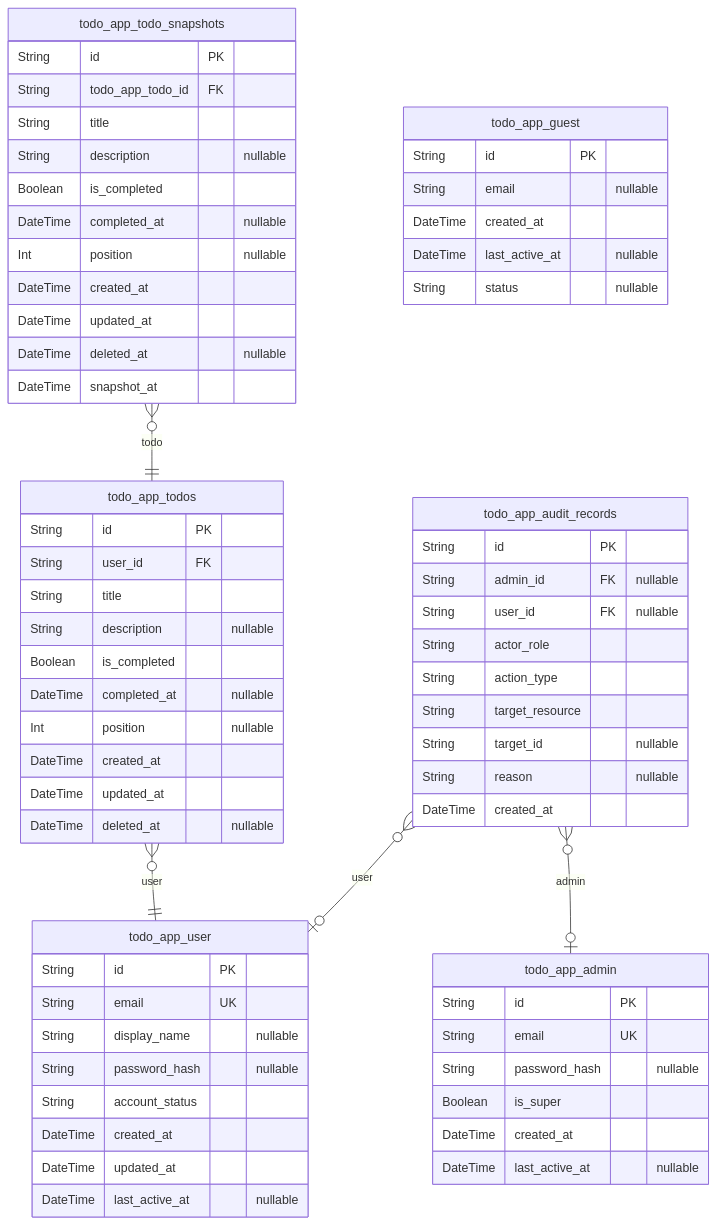
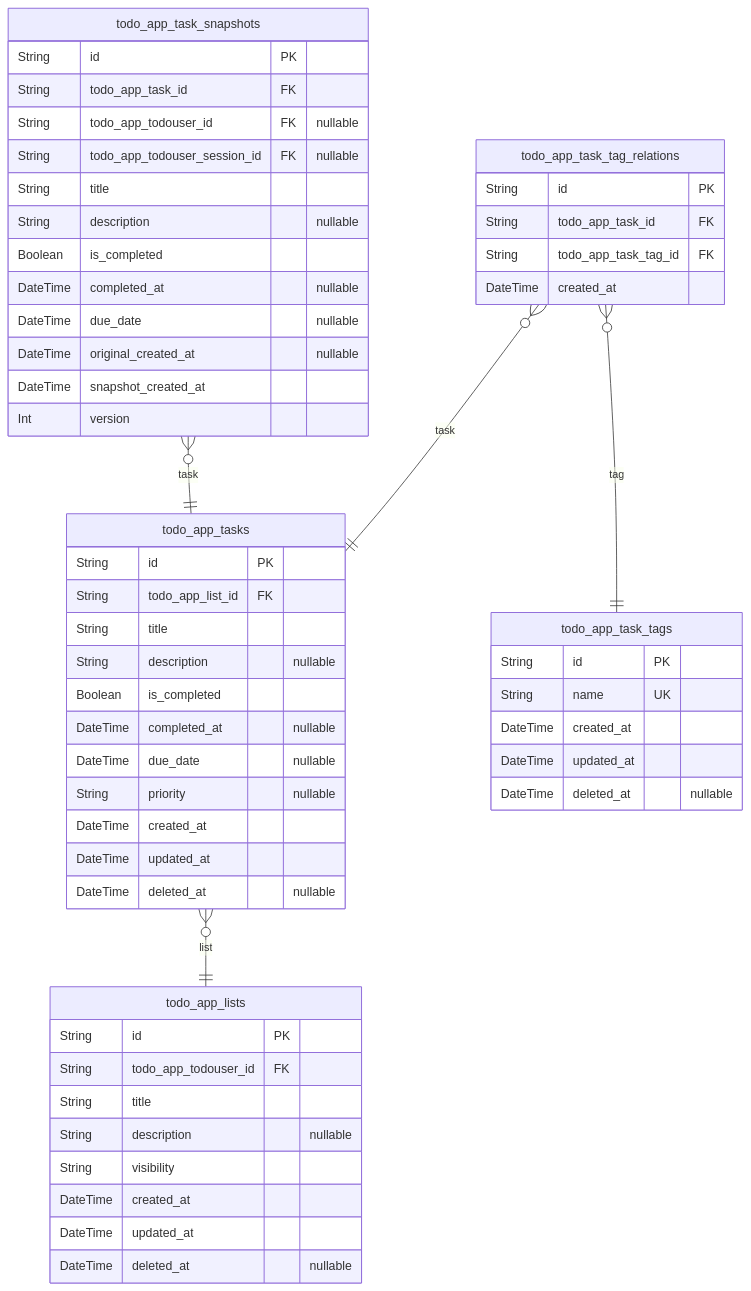
The third of 5 diagrams in openai/gpt-5-mini/todo/docs/ERD.md (wrtnlabs/autobe-examples), drawn with Mermaid before and after one commit. The commit also changed other lines of this file and 16146 other files, not shown here.

````diff
--- a/openai/gpt-5-mini/todo/docs/ERD.md
+++ b/openai/gpt-5-mini/todo/docs/ERD.md
@@ -9,68 +316,57 @@
 ```mermaid
 erDiagram
-"todo_app_todos" {
+"todo_app_lists" {
   String id PK
-  String user_id FK
+  String todo_app_todouser_id FK
+  String title
+  String description "nullable"
+  String visibility
+  DateTime created_at
+  DateTime updated_at
+  DateTime deleted_at "nullable"
+}
+"todo_app_tasks" {
+  String id PK
+  String todo_app_list_id FK
   String title
   String description "nullable"
   Boolean is_completed
   DateTime completed_at "nullable"
-  Int position "nullable"
+  DateTime due_date "nullable"
+  String priority "nullable"
   DateTime created_at
   DateTime updated_at
   DateTime deleted_at "nullable"
 }
-"todo_app_todo_snapshots" {
+"todo_app_task_tags" {
   String id PK
-  String todo_app_todo_id FK
+  String name UK
+  DateTime created_at
+  DateTime updated_at
+  DateTime deleted_at "nullable"
+}
+"todo_app_task_tag_relations" {
+  String id PK
+  String todo_app_task_id FK
+  String todo_app_task_tag_id FK
+  DateTime created_at
+}
+"todo_app_task_snapshots" {
+  String id PK
+  String todo_app_task_id FK
+  String todo_app_todouser_id FK "nullable"
+  String todo_app_todouser_session_id FK "nullable"
   String title
   String description "nullable"
   Boolean is_completed
   DateTime completed_at "nullable"
-  Int position "nullable"
-  DateTime created_at
-  DateTime updated_at
-  DateTime deleted_at "nullable"
-  DateTime snapshot_at
+  DateTime due_date "nullable"
+  DateTime original_created_at "nullable"
+  DateTime snapshot_created_at
+  Int version
 }
-"todo_app_audit_records" {
-  String id PK
-  String admin_id FK "nullable"
-  String user_id FK "nullable"
-  String actor_role
-  String action_type
-  String target_resource
-  String target_id "nullable"
-  String reason "nullable"
-  DateTime created_at
-}
-"todo_app_guest" {
-  String id PK
-  String email "nullable"
-  DateTime created_at
-  DateTime last_active_at "nullable"
-  String status "nullable"
-}
-"todo_app_user" {
-  String id PK
-  String email UK
-  String display_name "nullable"
-  String password_hash "nullable"
-  String account_status
-  DateTime created_at
-  DateTime updated_at
-  DateTime last_active_at "nullable"
-}
-"todo_app_admin" {
-  String id PK
-  String email UK
-  String password_hash "nullable"
-  Boolean is_super
-  DateTime created_at
-  DateTime last_active_at "nullable"
-}
-"todo_app_todos" }o--|| "todo_app_user" : user
-"todo_app_todo_snapshots" }o--|| "todo_app_todos" : todo
-"todo_app_audit_records" }o--o| "todo_app_admin" : admin
-"todo_app_audit_records" }o--o| "todo_app_user" : user
+"todo_app_tasks" }o--|| "todo_app_lists" : list
+"todo_app_task_tag_relations" }o--|| "todo_app_tasks" : task
+"todo_app_task_tag_relations" }o--|| "todo_app_task_tags" : tag
+"todo_app_task_snapshots" }o--|| "todo_app_tasks" : task
 ```
````
